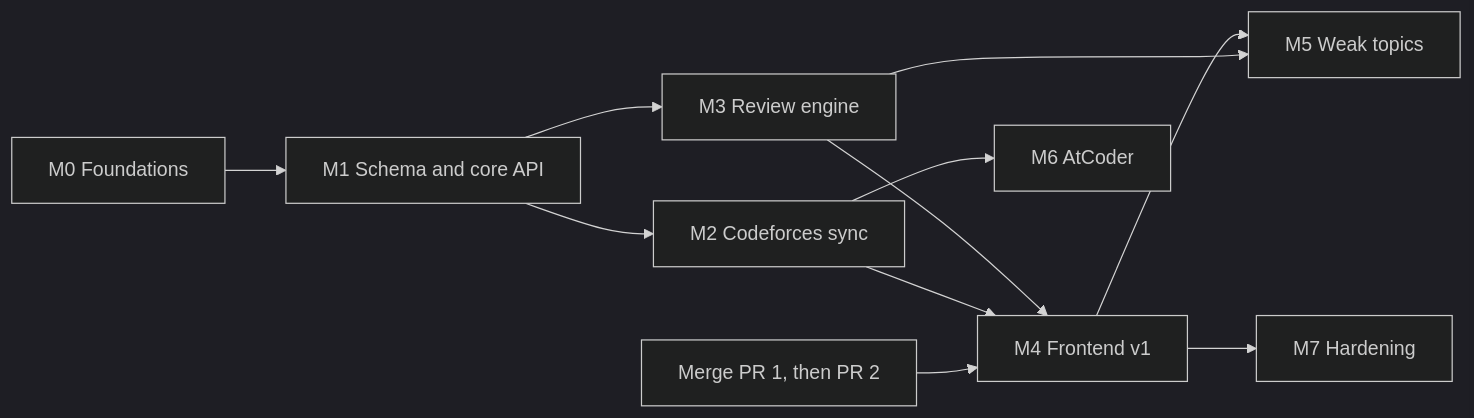
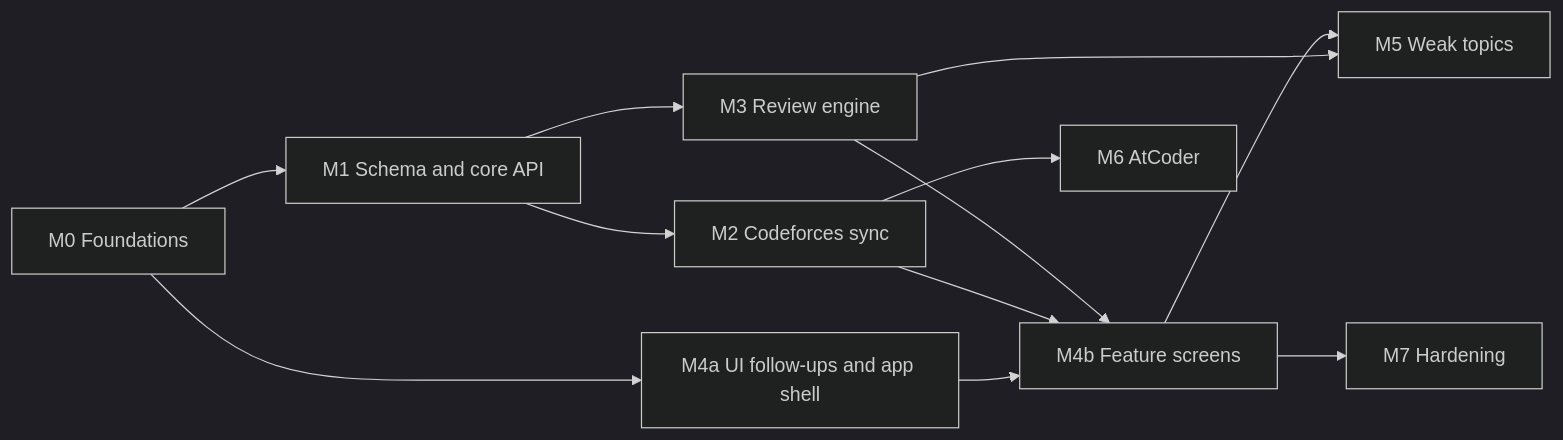
One commit to 23Nash/Kintsugi changed the diagram in docs/plan/README.md. Above: the diagram before and after it, drawn with Mermaid (dark theme). The commit also changed other lines of this file, not shown here.

````diff
--- a/docs/plan/README.md
+++ b/docs/plan/README.md
@@ -26,13 +27,14 @@
 ```mermaid
 flowchart LR
   M0[M0 Foundations] --> M1[M1 Schema and core API]
   M1 --> M2[M2 Codeforces sync]
   M1 --> M3[M3 Review engine]
-  DS[Merge PR 1, then PR 2] --> M4
-  M2 --> M4[M4 Frontend v1]
-  M3 --> M4
+  M0 --> M4a[M4a UI follow-ups and app shell]
+  M4a --> M4b[M4b Feature screens]
+  M2 --> M4b
+  M3 --> M4b
   M3 --> M5[M5 Weak topics]
-  M4 --> M5
+  M4b --> M5
   M2 --> M6[M6 AtCoder]
-  M4 --> M7[M7 Hardening]
+  M4b --> M7[M7 Hardening]
 ```
````
